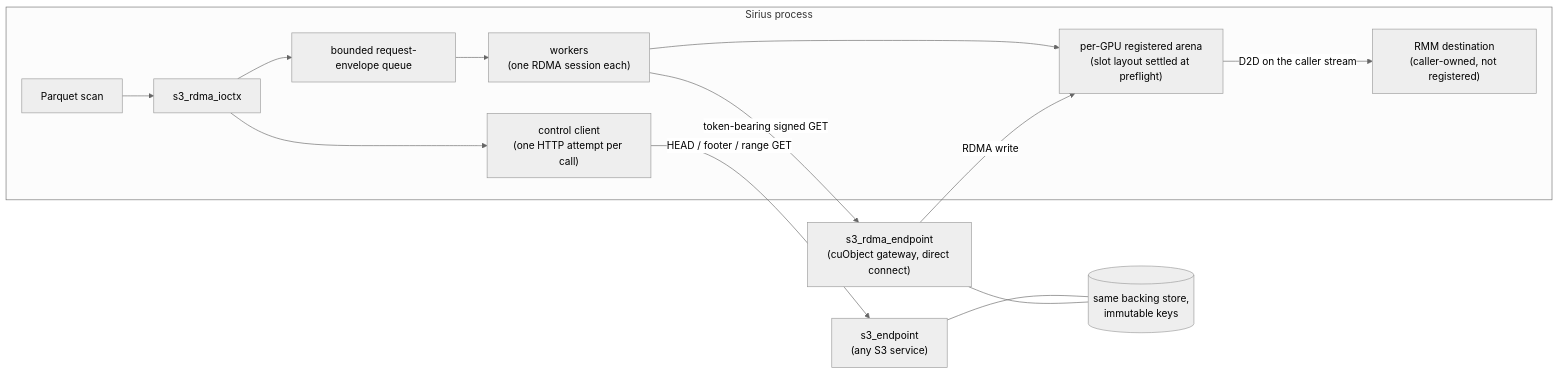
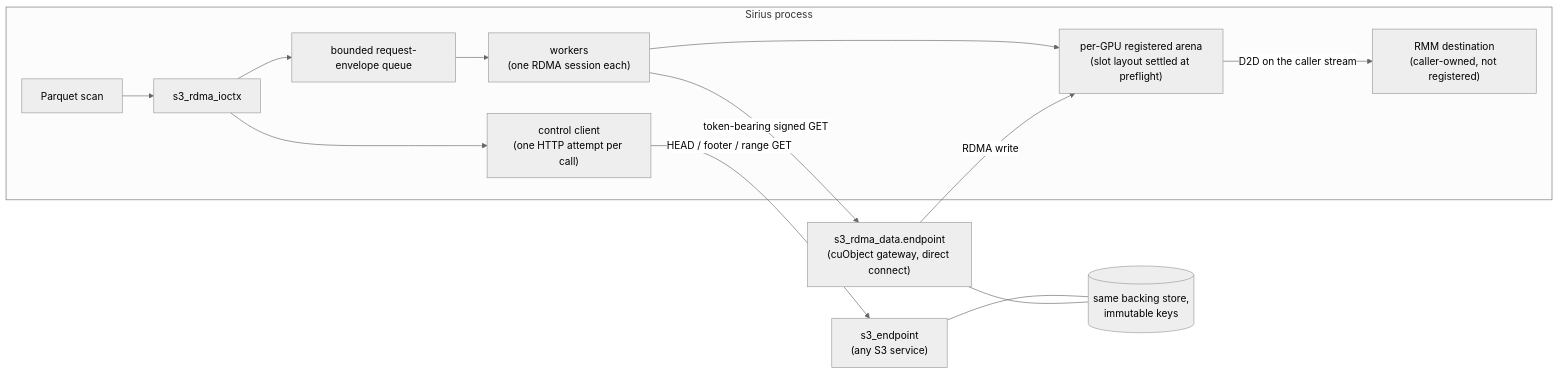
One commit to sirius-db/sirius changed the first of 3 diagrams in experimental/s3-rdma-transport-design.md. Above: the diagram before and after it, drawn with Mermaid (neutral theme). The commit also changed other lines of this file and 1 other file, not shown here.

First line of the commit message:
Align endpoint topology across scope, rules, and decisions

````diff
--- a/experimental/s3-rdma-transport-design.md
+++ b/experimental/s3-rdma-transport-design.md
@@ -47,16 +47,16 @@
 ```mermaid
 flowchart LR
   subgraph proc["Sirius process"]
     scan["Parquet scan"] --> ioctx["s3_rdma_ioctx"]
     ioctx --> ctl["control client<br/>(one HTTP attempt per call)"]
     ioctx --> q["bounded request-envelope queue"]
     q --> w["workers<br/>(one RDMA session each)"]
     w --> arena["per-GPU registered arena<br/>(slot layout settled at preflight)"]
     arena -->|"D2D on the caller stream"| rmm["RMM destination<br/>(caller-owned, not registered)"]
   end
   ctl -->|"HEAD / footer / range GET"| s3["s3_endpoint<br/>(any S3 service)"]
-  w -->|"token-bearing signed GET"| gw["s3_rdma_endpoint<br/>(cuObject gateway, direct connect)"]
+  w -->|"token-bearing signed GET"| gw["s3_rdma_data.endpoint<br/>(cuObject gateway, direct connect)"]
   gw -->|"RDMA write"| arena
   s3 --- store[("same backing store,<br/>immutable keys")]
   gw --- store
 ```
````
